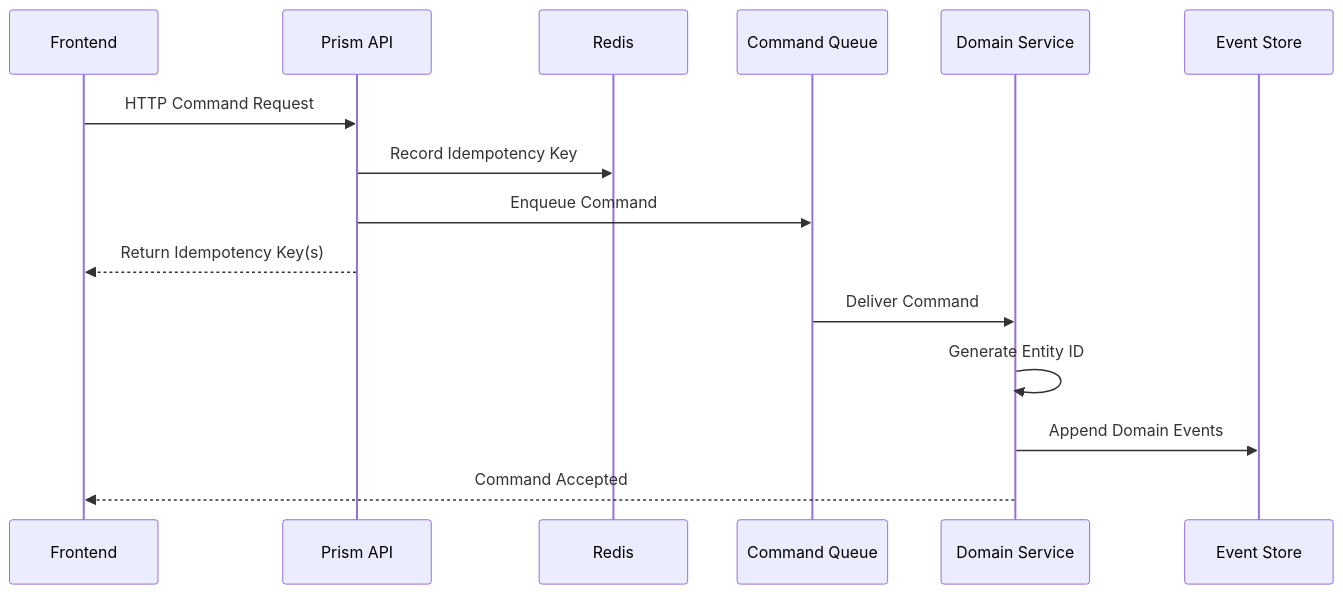
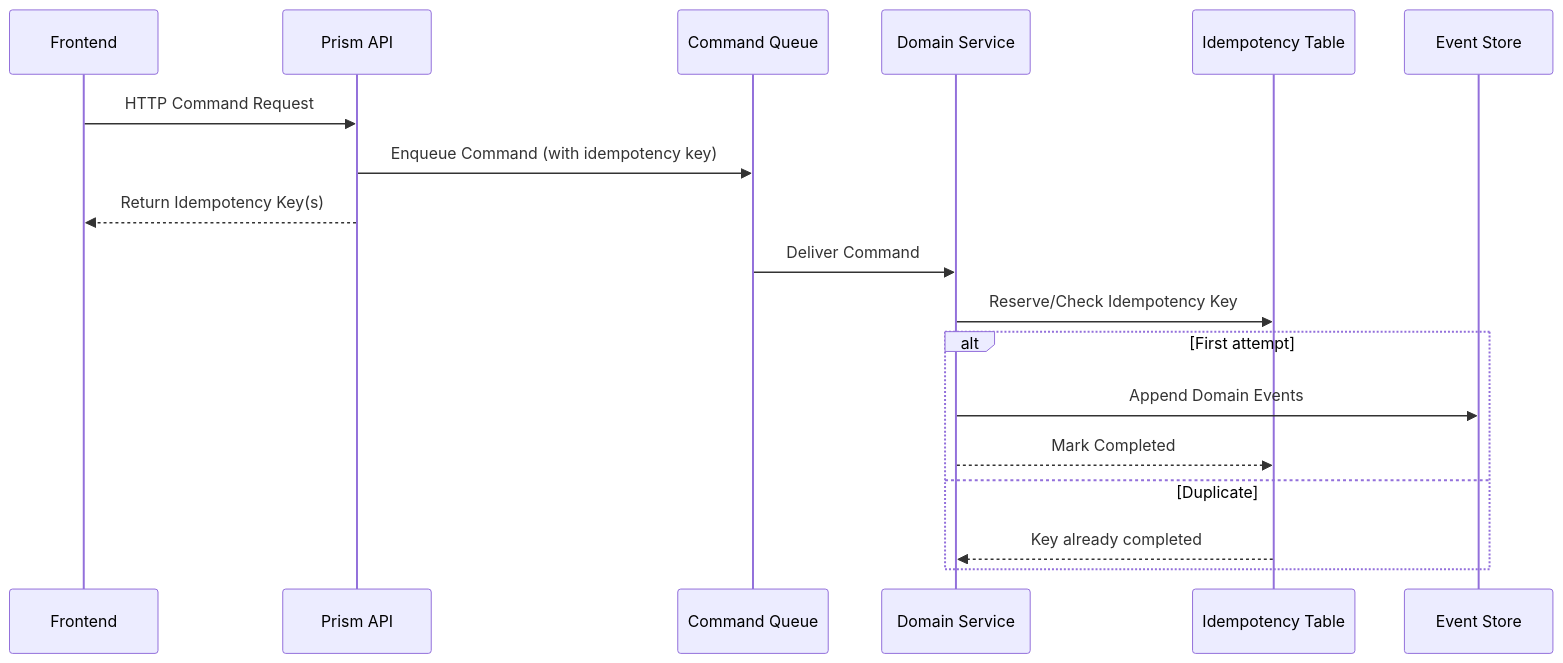
The first of 3 diagrams in docs/event_flow.md (MisterVVP/prism-plan), drawn with Mermaid before and after one commit. The commit also changed other lines of this file and 1 other file, not shown here.

Commit message:
docs: correct idempotency storage details (#183)

````diff
--- a/docs/event_flow.md
+++ b/docs/event_flow.md
@@ -7,18 +7,21 @@
 ```mermaid
 sequenceDiagram
     participant UI as Frontend
     participant API as Prism API
-    participant RS as Redis
     participant CQ as Command Queue
     participant DS as Domain Service
+    participant IT as Idempotency Table
     participant ES as Event Store
 
     UI->>API: HTTP Command Request
-    API->>RS: Record Idempotency Key
-    API->>CQ: Enqueue Command
+    API->>CQ: Enqueue Command (with idempotency key)
     API-->>UI: Return Idempotency Key(s)
     CQ->>DS: Deliver Command
-    DS->>DS: Generate Entity ID
-    DS->>ES: Append Domain Events
-    DS-->>UI: Command Accepted
+    DS->>IT: Reserve/Check Idempotency Key
+    alt First attempt
+        DS->>ES: Append Domain Events
+        DS-->>IT: Mark Completed
+    else Duplicate
+        IT-->>DS: Key already completed
+    end
 ```
````
